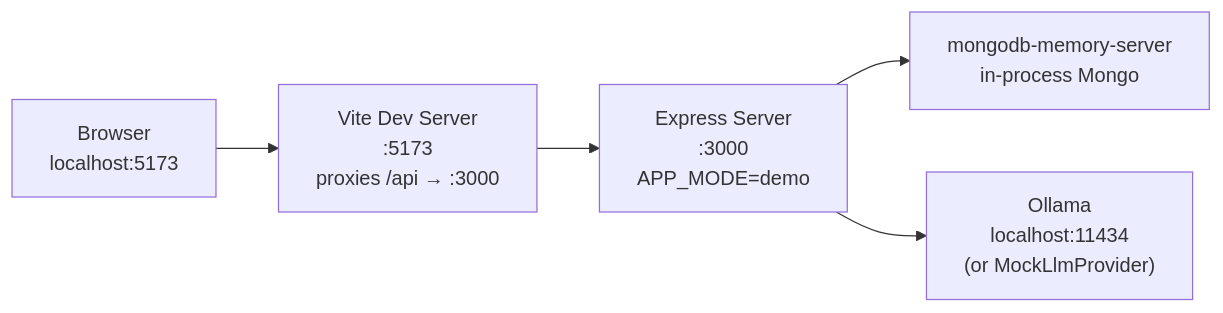
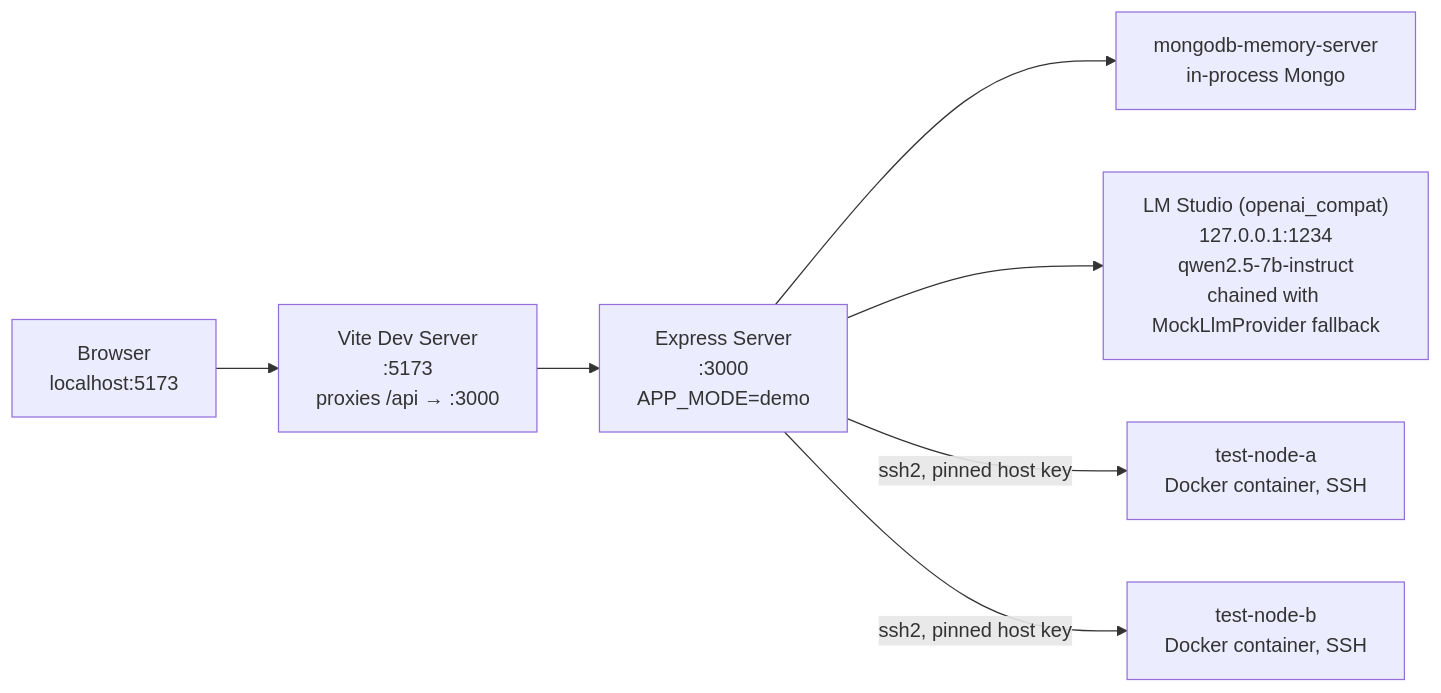
The third of 3 diagrams in docs/design/architecture.md (6rzan/ai-helpdesk-agent), drawn with Mermaid before and after one commit. The commit also changed other lines of this file and 12 other files, not shown here.

````diff
--- a/docs/design/architecture.md
+++ b/docs/design/architecture.md
@@ -82,13 +192,17 @@
 ```mermaid
 graph LR
     Browser["Browser<br/>localhost:5173"]
     Vite["Vite Dev Server<br/>:5173<br/>proxies /api → :3000"]
     Express["Express Server<br/>:3000<br/>APP_MODE=demo"]
     MongoMem["mongodb-memory-server<br/>in-process Mongo"]
-    OllamaLocal["Ollama<br/>localhost:11434<br/>(or MockLlmProvider)"]
+    LmStudio["LM Studio (openai_compat)<br/>127.0.0.1:1234<br/>qwen2.5-7b-instruct<br/>chained with MockLlmProvider fallback"]
+    NodeA["test-node-a<br/>Docker container, SSH"]
+    NodeB["test-node-b<br/>Docker container, SSH"]
 
     Browser --> Vite
     Vite --> Express
     Express --> MongoMem
-    Express --> OllamaLocal
+    Express --> LmStudio
+    Express -->|ssh2, pinned host key| NodeA
+    Express -->|ssh2, pinned host key| NodeB
 ```
````
